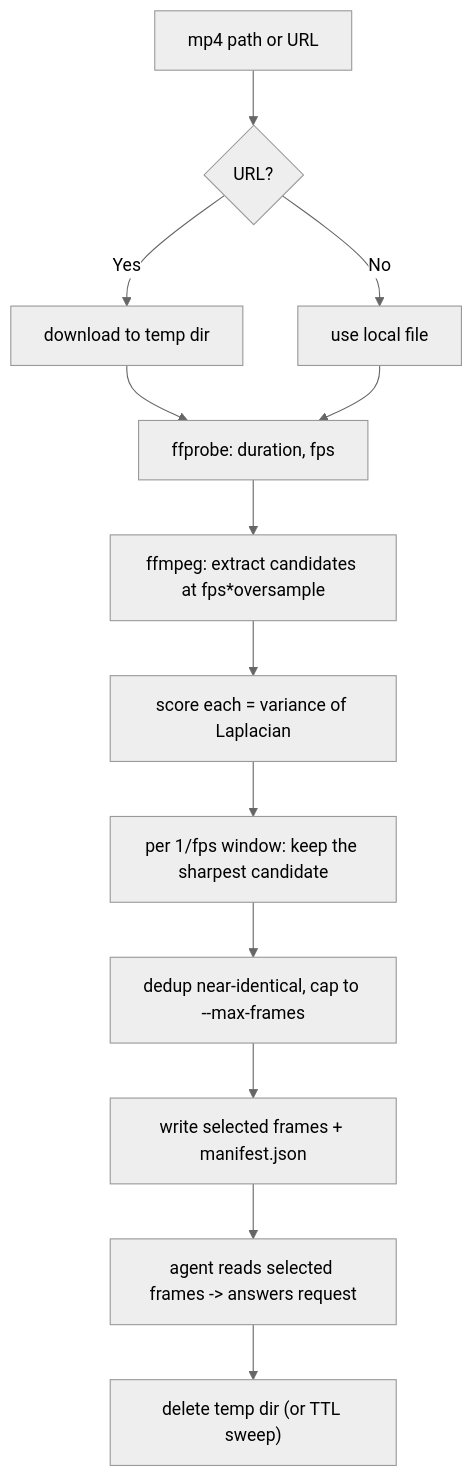
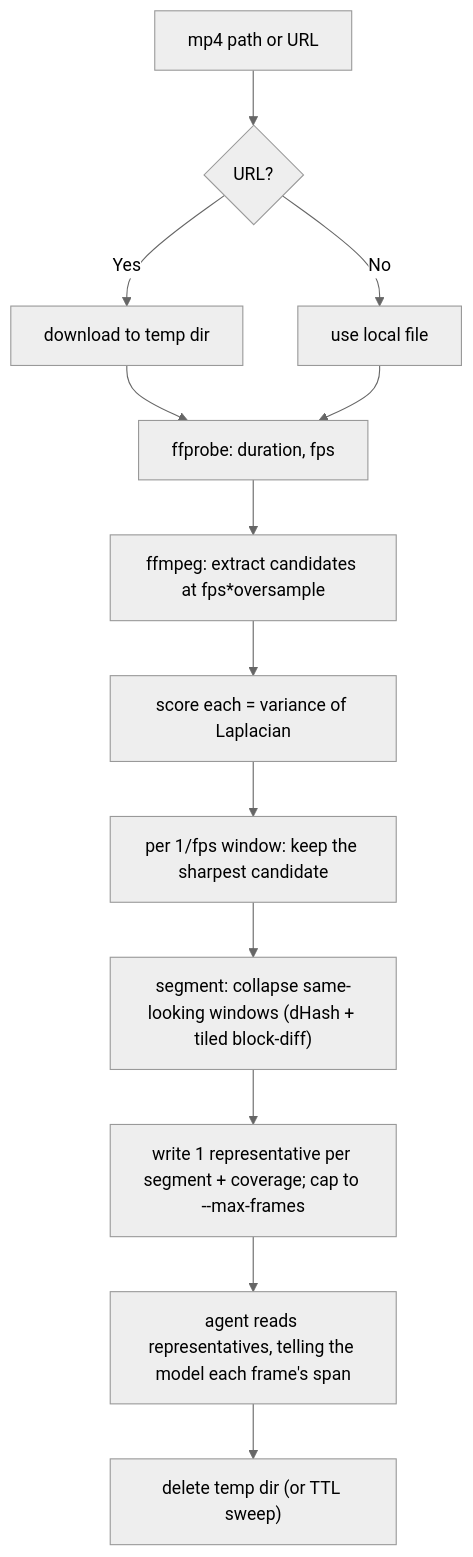
Before and after one commit to ForwardPathAI/skills: the diagram in review-mp4/SKILL.md, drawn with Mermaid (neutral theme). The commit also changed other lines of this file and 3 other files, not shown here.

First line of the commit message:
Collapse duplicate frames into annotated segments in review-mp4

````diff
--- a/review-mp4/SKILL.md
+++ b/review-mp4/SKILL.md
@@ -43,15 +43,15 @@
 ```mermaid
 flowchart TD
   In["mp4 path or URL"] --> Dl{URL?}
   Dl -->|Yes| Curl["download to temp dir"]
   Dl -->|No| Local["use local file"]
   Curl --> Probe
   Local --> Probe["ffprobe: duration, fps"]
   Probe --> Ext["ffmpeg: extract candidates at fps*oversample"]
   Ext --> Score["score each = variance of Laplacian"]
   Score --> Win["per 1/fps window: keep the sharpest candidate"]
-  Win --> Dedup["dedup near-identical, cap to --max-frames"]
-  Dedup --> Man["write selected frames + manifest.json"]
-  Man --> Read["agent reads selected frames -> answers request"]
+  Win --> Seg["segment: collapse same-looking windows (dHash + tiled block-diff)"]
+  Seg --> Man["write 1 representative per segment + coverage; cap to --max-frames"]
+  Man --> Read["agent reads representatives, telling the model each frame's span"]
   Read --> Clean["delete temp dir (or TTL sweep)"]
 ```
````
